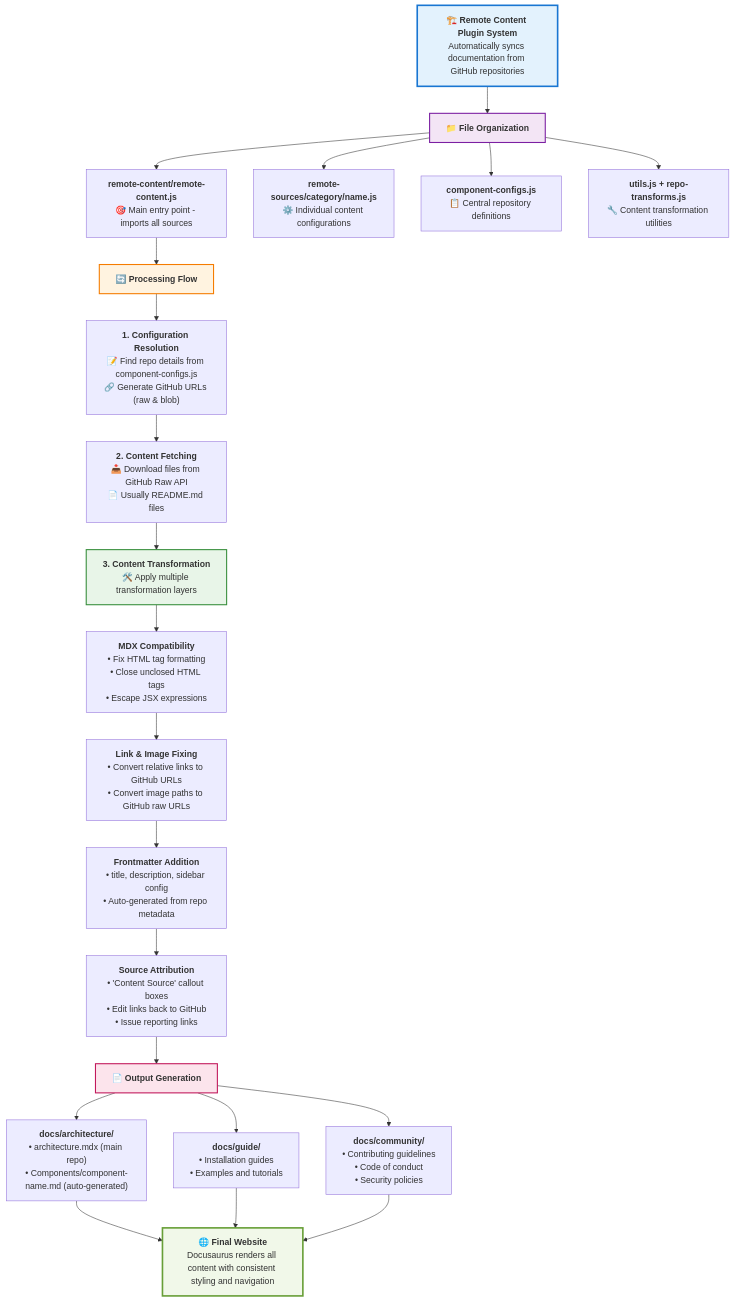
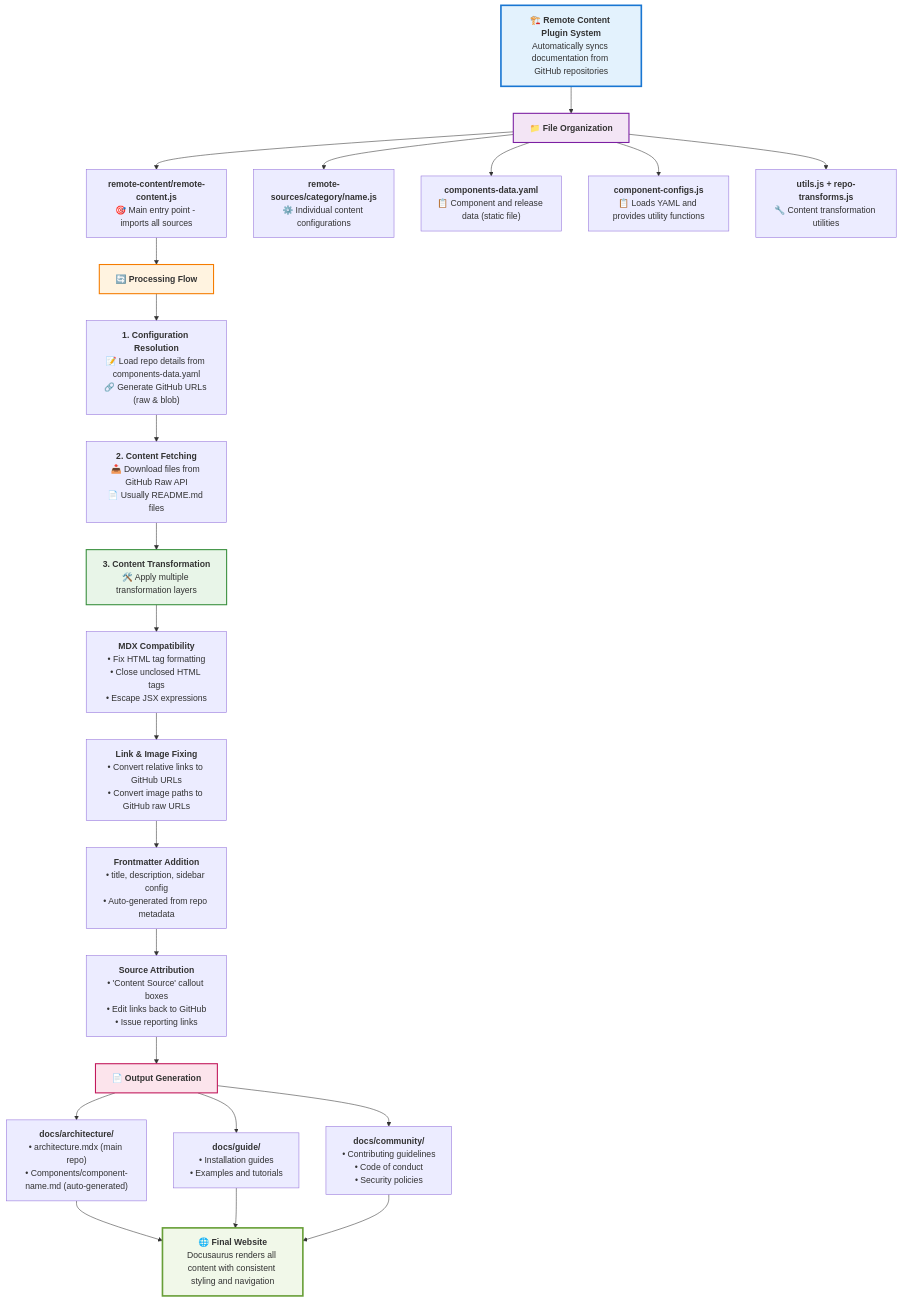
The first of 3 diagrams in remote-content/README.md (petecheslock/llm-d.github.io), drawn with Mermaid before and after one commit. The commit also changed other lines of this file and 6 other files, not shown here.

````diff
--- a/remote-content/README.md
+++ b/remote-content/README.md
@@ -66,72 +66,74 @@
 ```mermaid
 flowchart TD
     A["`**🏗️ Remote Content Plugin System**
     Automatically syncs documentation from GitHub repositories`"] --> B["`**📁 File Organization**`"]
     
     B --> B1["`**remote-content/remote-content.js**
     🎯 Main entry point - imports all sources`"]
     B --> B2["`**remote-sources/category/name.js**
     ⚙️ Individual content configurations`"]
-    B --> B3["`**component-configs.js**
-    📋 Central repository definitions`"]
-    B --> B4["`**utils.js + repo-transforms.js**
+    B --> B3["`**components-data.yaml**
+    📋 Component and release data (static file)`"]
+    B --> B4["`**component-configs.js**
+    📋 Loads YAML and provides utility functions`"]
+    B --> B5["`**utils.js + repo-transforms.js**
     🔧 Content transformation utilities`"]
     
     B1 --> C["`**🔄 Processing Flow**`"]
     
     C --> C1["`**1. Configuration Resolution**
-    📝 Find repo details from component-configs.js
+    📝 Load repo details from components-data.yaml
     🔗 Generate GitHub URLs (raw & blob)`"]
     
     C1 --> C2["`**2. Content Fetching**
     📥 Download files from GitHub Raw API
     📄 Usually README.md files`"]
     
     C2 --> C3["`**3. Content Transformation**
     🛠️ Apply multiple transformation layers`"]
     
     C3 --> C3a["`**MDX Compatibility**
     • Fix HTML tag formatting
     • Close unclosed HTML tags
     • Escape JSX expressions`"]
     
     C3a --> C3b["`**Link & Image Fixing**
     • Convert relative links to GitHub URLs
     • Convert image paths to GitHub raw URLs`"]
     
     C3b --> C3c["`**Frontmatter Addition**
     • title, description, sidebar config
     • Auto-generated from repo metadata`"]
     
     C3c --> C3d["`**Source Attribution**
     • 'Content Source' callout boxes
     • Edit links back to GitHub
     • Issue reporting links`"]
     
     C3d --> D["`**📄 Output Generation**`"]
     
     D --> D1["`**docs/architecture/**
     • architecture.mdx (main repo)
     • Components/component-name.md (auto-generated)`"]
     
     D --> D2["`**docs/guide/**
     • Installation guides
     • Examples and tutorials`"]
     
     D --> D3["`**docs/community/**
     • Contributing guidelines
     • Code of conduct
     • Security policies`"]
     
     D1 --> E["`**🌐 Final Website**
     Docusaurus renders all content with consistent styling and navigation`"]
     D2 --> E
     D3 --> E
     
     style A fill:#e3f2fd,stroke:#1976d2,stroke-width:3px
     style B fill:#f3e5f5,stroke:#7b1fa2,stroke-width:2px
     style C fill:#fff3e0,stroke:#f57c00,stroke-width:2px
     style C3 fill:#e8f5e8,stroke:#388e3c,stroke-width:2px
     style D fill:#fce4ec,stroke:#c2185b,stroke-width:2px
     style E fill:#f1f8e9,stroke:#689f38,stroke-width:3px
 ```
````
